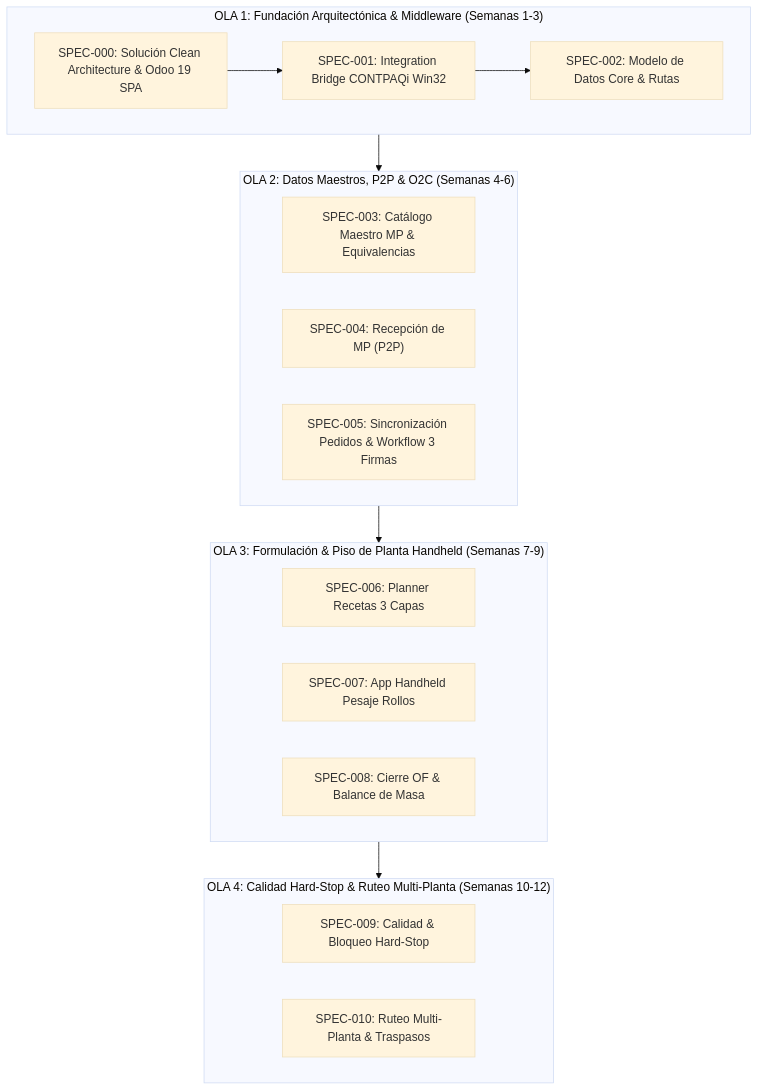
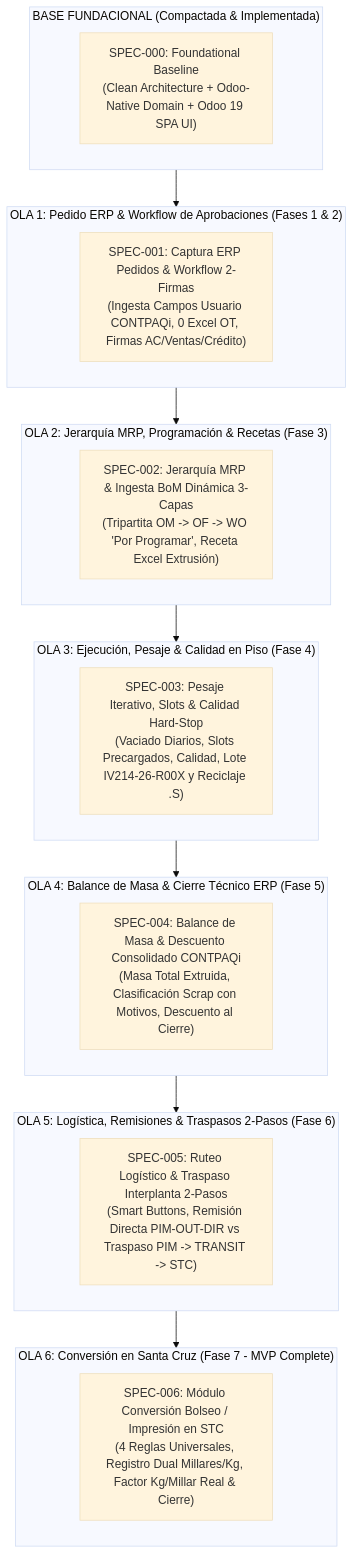
The diagram in docs/sdd/ROADMAP_ESPECIFICACIONES_POLYCONECTA.md (jponcema/Polyconecta), drawn with Mermaid (base theme) before and after one commit. The commit also changed other lines of this file and 178 other files, not shown here.

First line of the commit message:
Add new documentation for PolyConecta project and update roadmap specifications

````diff
--- a/docs/sdd/ROADMAP_ESPECIFICACIONES_POLYCONECTA.md
+++ b/docs/sdd/ROADMAP_ESPECIFICACIONES_POLYCONECTA.md
@@ -20,28 +17,32 @@
 ```mermaid
 flowchart TD
-    subgraph Wave1 ["OLA 1: Fundación Arquitectónica & Middleware (Semanas 1-3)"]
-        S00["SPEC-000: Solución Clean Architecture & Odoo 19 SPA"]
-        S01["SPEC-001: Integration Bridge CONTPAQi Win32"]
-        S02["SPEC-002: Modelo de Datos Core & Rutas"]
-        S00 --> S01 --> S02
+    subgraph Wave0 ["BASE FUNDACIONAL (Compactada & Implementada)"]
+        S000["SPEC-000: Foundational Baseline\n(Clean Architecture + Odoo-Native Domain + Odoo 19 SPA UI)"]
     end
 
-    subgraph Wave2 ["OLA 2: Datos Maestros, P2P & O2C (Semanas 4-6)"]
-        S03["SPEC-003: Catálogo Maestro MP & Equivalencias"]
-        S04["SPEC-004: Recepción de MP (P2P)"]
-        S05["SPEC-005: Sincronización Pedidos & Workflow 3 Firmas"]
+    subgraph Wave1 ["OLA 1: Pedido ERP & Workflow de Aprobaciones (Fases 1 & 2)"]
+        S001["SPEC-001: Captura ERP Pedidos & Workflow 2-Firmas\n(Ingesta Campos Usuario CONTPAQi, 0 Excel OT, Firmas AC/Ventas/Crédito)"]
     end
 
-    subgraph Wave3 ["OLA 3: Formulación & Piso de Planta Handheld (Semanas 7-9)"]
-        S06["SPEC-006: Planner Recetas 3 Capas"]
-        S07["SPEC-007: App Handheld Pesaje Rollos"]
-        S08["SPEC-008: Cierre OF & Balance de Masa"]
+    subgraph Wave2 ["OLA 2: Jerarquía MRP, Programación & Recetas (Fase 3)"]
+        S002["SPEC-002: Jerarquía MRP & Ingesta BoM Dinámica 3-Capas\n(Tripartita OM -> OF -> WO 'Por Programar', Receta Excel Extrusión)"]
     end
 
-    subgraph Wave4 ["OLA 4: Calidad Hard-Stop & Ruteo Multi-Planta (Semanas 10-12)"]
-        S09["SPEC-009: Calidad & Bloqueo Hard-Stop"]
-        S10["SPEC-010: Ruteo Multi-Planta & Traspasos"]
+    subgraph Wave3 ["OLA 3: Ejecución, Pesaje & Calidad en Piso (Fase 4)"]
+        S003["SPEC-003: Pesaje Iterativo, Slots & Calidad Hard-Stop\n(Vaciado Diarios, Slots Precargados, Calidad, Lote IV214-26-R00X y Reciclaje .S)"]
     end
 
-    Wave1 --> Wave2 --> Wave3 --> Wave4
+    subgraph Wave4 ["OLA 4: Balance de Masa & Cierre Técnico ERP (Fase 5)"]
+        S004["SPEC-004: Balance de Masa & Descuento Consolidado CONTPAQi\n(Masa Total Extruida, Clasificación Scrap con Motivos, Descuento al Cierre)"]
+    end
+
+    subgraph Wave5 ["OLA 5: Logística, Remisiones & Traspasos 2-Pasos (Fase 6)"]
+        S005["SPEC-005: Ruteo Logístico & Traspaso Interplanta 2-Pasos\n(Smart Buttons, Remisión Directa PIM-OUT-DIR vs Traspaso PIM -> TRANSIT -> STC)"]
+    end
+
+    subgraph Wave6 ["OLA 6: Conversión en Santa Cruz (Fase 7 - MVP Complete)"]
+        S006["SPEC-006: Módulo Conversión Bolseo / Impresión en STC\n(4 Reglas Universales, Registro Dual Millares/Kg, Factor Kg/Millar Real & Cierre)"]
+    end
+
+    Wave0 --> Wave1 --> Wave2 --> Wave3 --> Wave4 --> Wave5 --> Wave6
 ```
````
